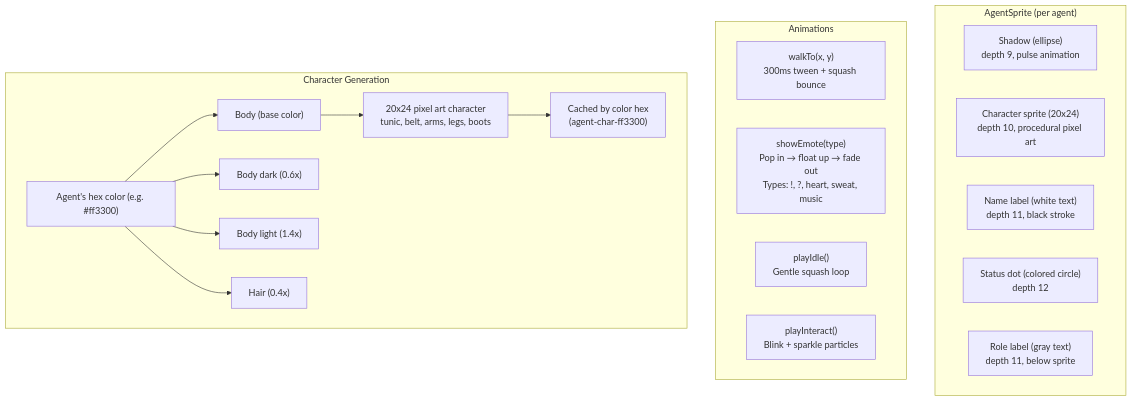
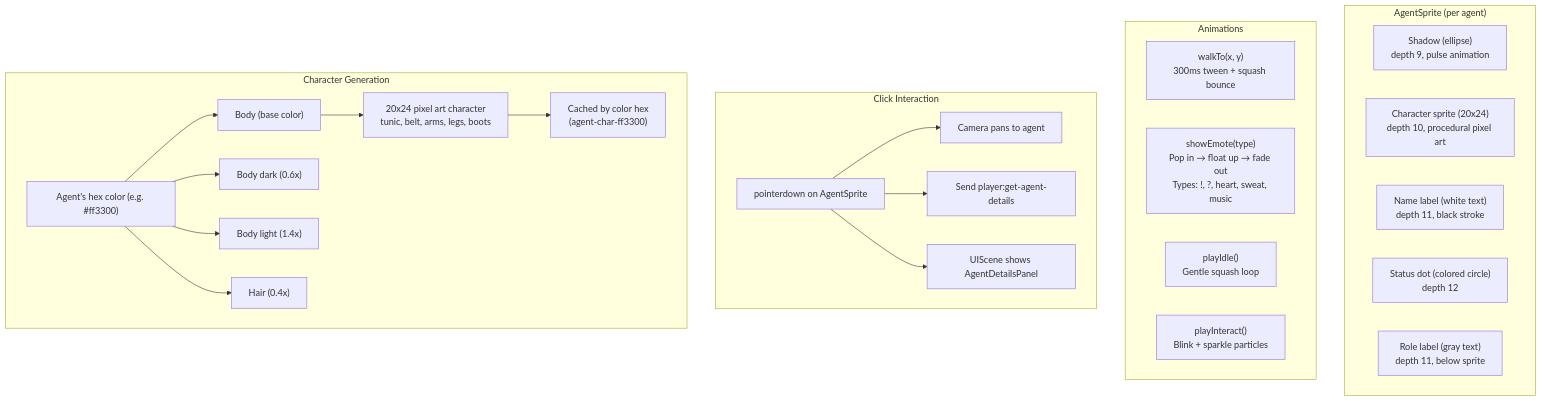
The fifth of 10 diagrams in docs/diagrams/client-rendering.md (Human-Agency-Hackathon/AI-Interfaces-Feb-2026), drawn with Mermaid before and after one commit. The commit also changed other lines of this file and 13 other files, not shown here.

First line of the commit message:
docs: update diagrams to match current codebase

````diff
--- a/docs/diagrams/client-rendering.md
+++ b/docs/diagrams/client-rendering.md
@@ -120,27 +192,34 @@
 ```mermaid
 graph TD
     subgraph Sprite ["AgentSprite (per agent)"]
         Shadow["Shadow (ellipse)<br/>depth 9, pulse animation"]
         Char["Character sprite (20x24)<br/>depth 10, procedural pixel art"]
         Name["Name label (white text)<br/>depth 11, black stroke"]
         Status["Status dot (colored circle)<br/>depth 12"]
         Role["Role label (gray text)<br/>depth 11, below sprite"]
     end
 
     subgraph Animations ["Animations"]
         Walk["walkTo(x, y)<br/>300ms tween + squash bounce"]
         Emote["showEmote(type)<br/>Pop in → float up → fade out<br/>Types: !, ?, heart, sweat, music"]
         Idle["playIdle()<br/>Gentle squash loop"]
         Interact["playInteract()<br/>Blink + sparkle particles"]
     end
 
+    subgraph Click ["Click Interaction"]
+        ClickAgent["pointerdown on AgentSprite"]
+        ClickAgent --> PanCam["Camera pans to agent"]
+        ClickAgent --> ReqDetails["Send player:get-agent-details"]
+        ClickAgent --> ShowPanel["UIScene shows AgentDetailsPanel"]
+    end
+
     subgraph Generation ["Character Generation"]
         Color["Agent's hex color (e.g. #ff3300)"]
         Color --> Body["Body (base color)"]
         Color --> Dark["Body dark (0.6x)"]
         Color --> Light["Body light (1.4x)"]
         Color --> Hair["Hair (0.4x)"]
         Body --> PixelArt["20x24 pixel art character<br/>tunic, belt, arms, legs, boots"]
         PixelArt --> Cache["Cached by color hex<br/>(agent-char-ff3300)"]
     end
 ```
````
